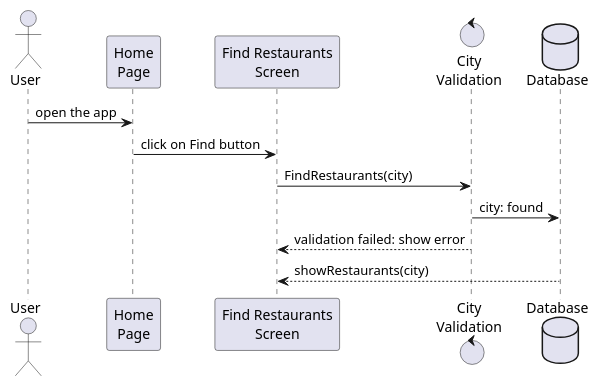
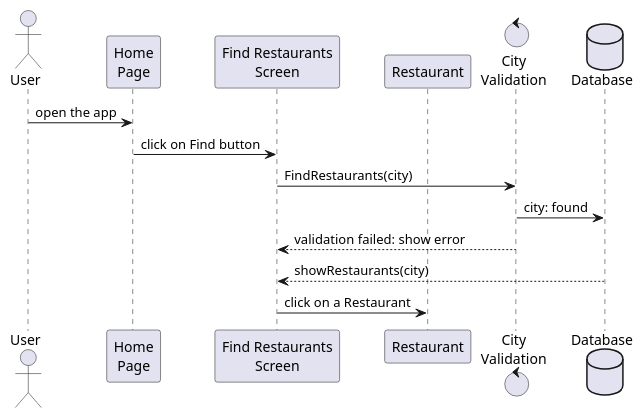
The diagram in src/main/java/unipa/fooddelivery/diagrams/sequence/nearRestaurant.wsd (TommasoScalici/FoodDelivery), drawn with PlantUML before and after one commit. The commit also changed 1 other file, not shown here.

Commit message:
fix nearRestaurant diagram sequence

```diff
--- a/src/main/java/unipa/fooddelivery/diagrams/sequence/nearRestaurant.wsd
+++ b/src/main/java/unipa/fooddelivery/diagrams/sequence/nearRestaurant.wsd
@@ -1,15 +1,17 @@
 @startuml nearRestaurant
 
 actor User 
 participant "Home\nPage" as Home
 participant "Find Restaurants\nScreen" as Find
+participant "Restaurant"
 control "City\nValidation" as City
 database Database as DB
 
 User -> Home: open the app
 Home -> Find: click on Find button
 Find -> City: FindRestaurants(city)
 City -> DB: city: found
 Find <-- City: validation failed: show error
 Find <-- DB: showRestaurants(city)
+Find -> "Restaurant": click on a Restaurant
 @enduml
```
